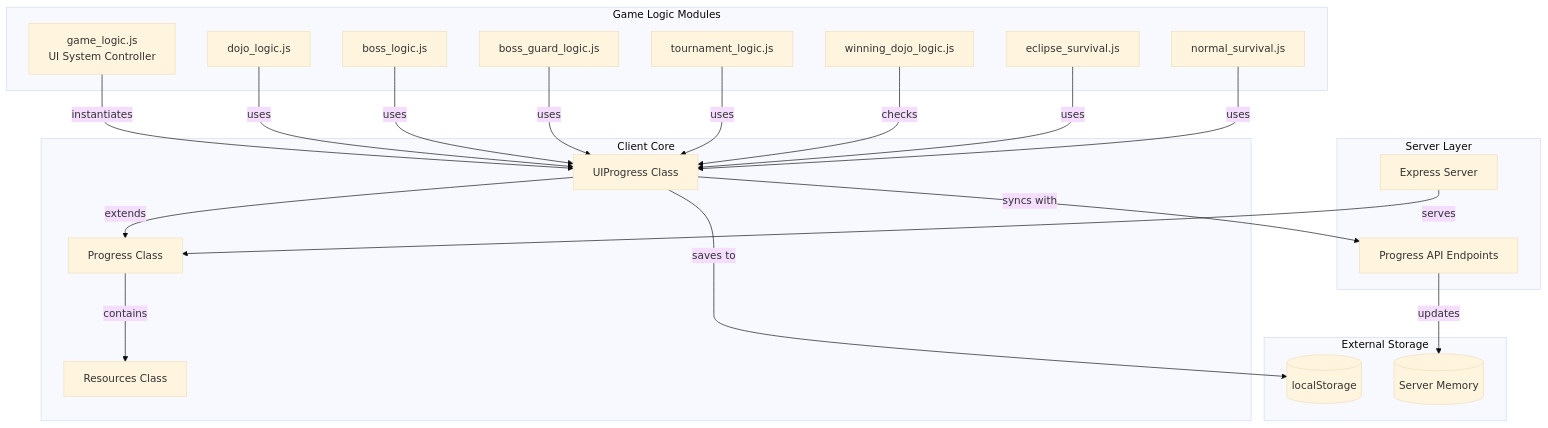
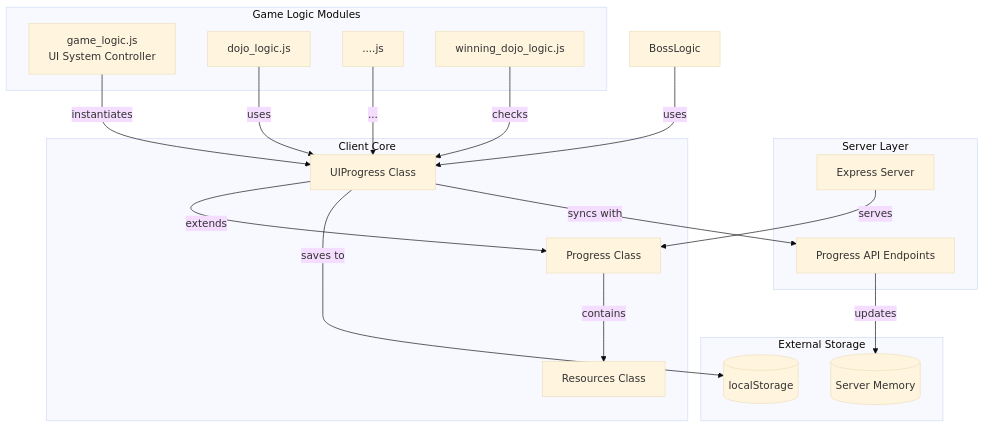
One commit to Macsik121/sf_game changed the fourth of 4 diagrams in README.md. Above: the diagram before and after it, drawn with Mermaid (base theme).

Commit message:
Update README with project details and diagrams

````diff
--- a/README.md
+++ b/README.md
@@ -94,46 +94,39 @@
 ```mermaid
 graph TB
     subgraph "Server Layer"
         Server[Express Server]
         API[Progress API Endpoints]
     end
 
     subgraph "Client Core"
         Progress[Progress Class]
         UIProgress[UIProgress Class]
         Resources[Resources Class]
     end
 
     subgraph "Game Logic Modules"
         GameLogic[game_logic.js<br/>UI System Controller]
         DojoLogic[dojo_logic.js]
-        BossLogic[boss_logic.js]
-        BossGuard[boss_guard_logic.js]
-        Tournament[tournament_logic.js]
+        ...[....js]
         WinningDojo[winning_dojo_logic.js]
-        EclipseSurvival[eclipse_survival.js]
-        NormalSurvival[normal_survival.js]
     end
 
     subgraph "External Storage"
         LocalStorage[(localStorage)]
         ServerStorage[(Server Memory)]
     end
 
     UIProgress -->|extends| Progress
     Progress -->|contains| Resources
 
     GameLogic -->|instantiates| UIProgress
     DojoLogic -->|uses| UIProgress
     BossLogic -->|uses| UIProgress
-    BossGuard -->|uses| UIProgress
-    Tournament -->|uses| UIProgress
+    ... --> |...| UIProgress
     WinningDojo -->|checks| UIProgress
-    EclipseSurvival -->|uses| UIProgress
-    NormalSurvival -->|uses| UIProgress
 
     UIProgress -->|saves to| LocalStorage
     UIProgress -->|syncs with| API
     API -->|updates| ServerStorage
     Server -->|serves| Progress
 ```
````
